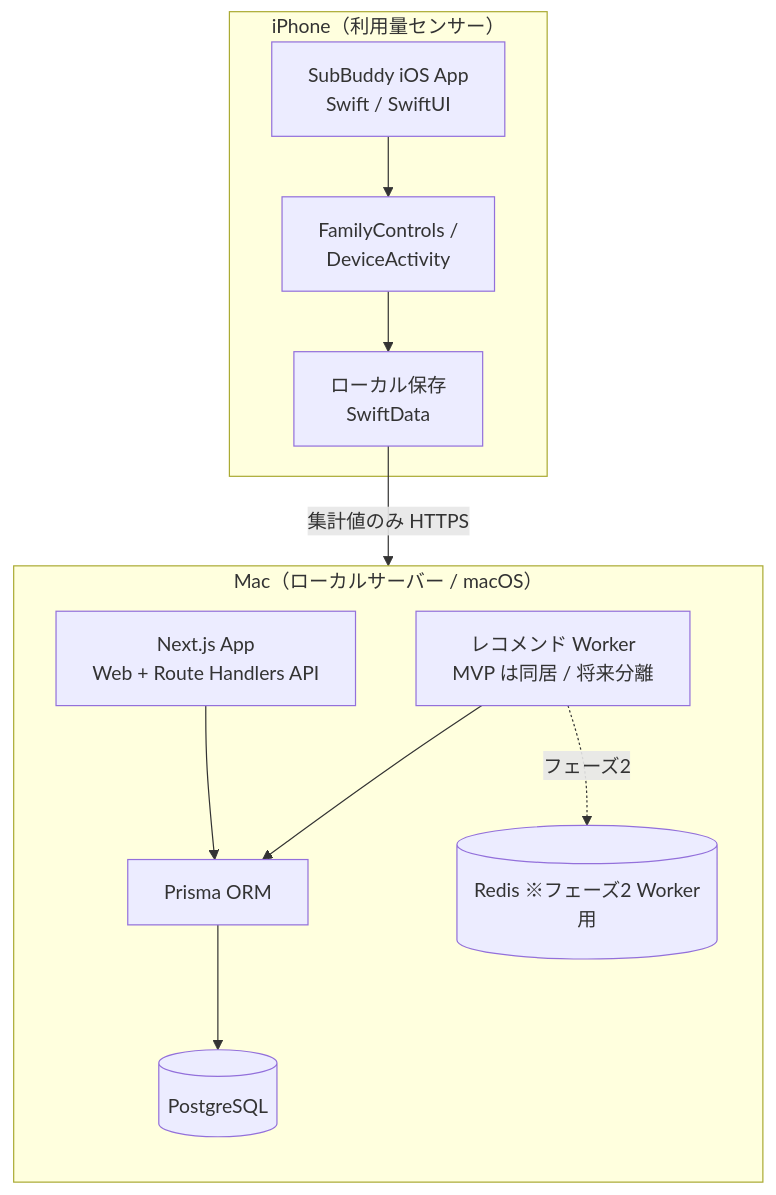
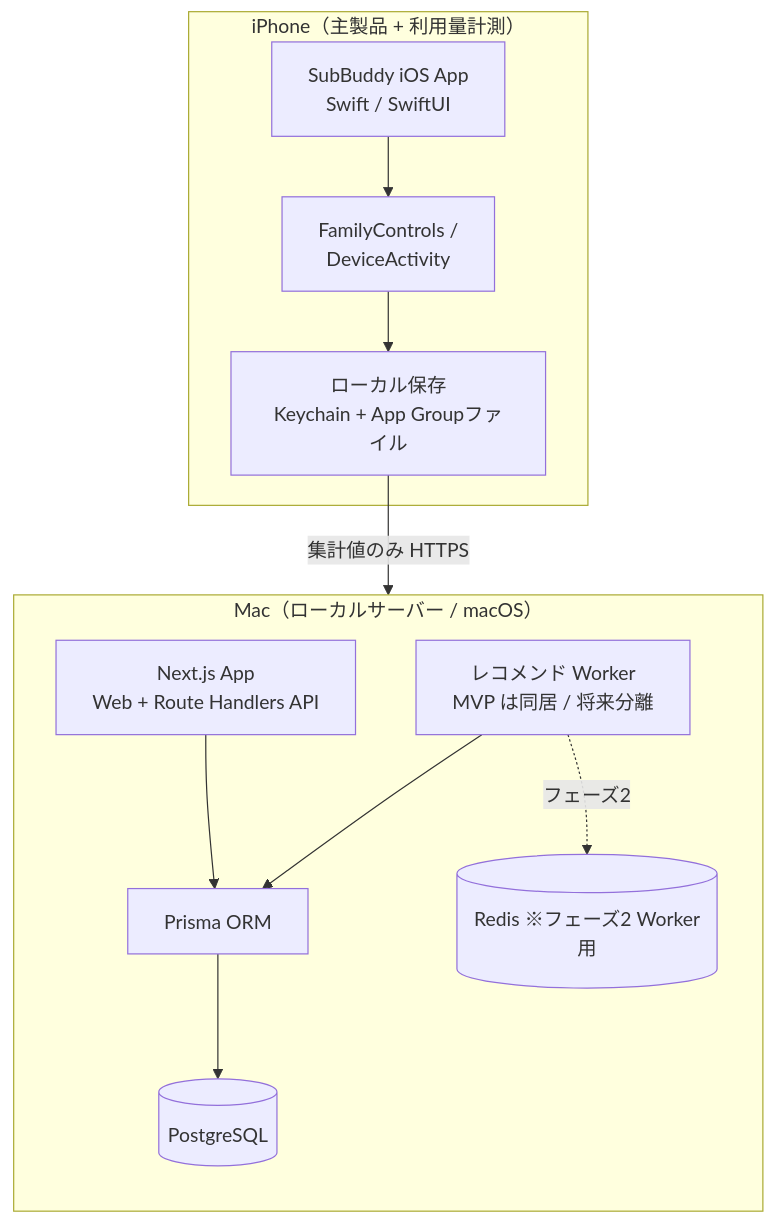
One commit to Shintaro-Abe/SubBuddy changed the first of 3 diagrams in docs/architecture.md. Above: the diagram before and after it, drawn with Mermaid. The commit also changed other lines of this file and 15 other files, not shown here.

````diff
--- a/docs/architecture.md
+++ b/docs/architecture.md
@@ -31,23 +31,23 @@
 ```mermaid
 flowchart TB
-  subgraph iPhone[iPhone（利用量センサー）]
+  subgraph iPhone[iPhone（主製品 + 利用量計測）]
     IOS[SubBuddy iOS App<br/>Swift / SwiftUI]
     FC[FamilyControls /<br/>DeviceActivity]
-    LStore[ローカル保存<br/>SwiftData]
+    LStore[ローカル保存<br/>Keychain + App Groupファイル]
   end
 
   subgraph Mac[Mac（ローカルサーバー / macOS）]
     direction TB
     Next[Next.js App<br/>Web + Route Handlers API]
     WorkerProc[レコメンド Worker<br/>MVP は同居 / 将来分離]
     Prisma[Prisma ORM]
     PG[(PostgreSQL)]
     RedisQ[(Redis ※フェーズ2 Worker用)]
   end
 
   IOS --> FC --> LStore
   LStore -->|集計値のみ HTTPS| Next
   Next --> Prisma --> PG
   WorkerProc --> Prisma
   WorkerProc -. フェーズ2 .-> RedisQ
 ```
````
